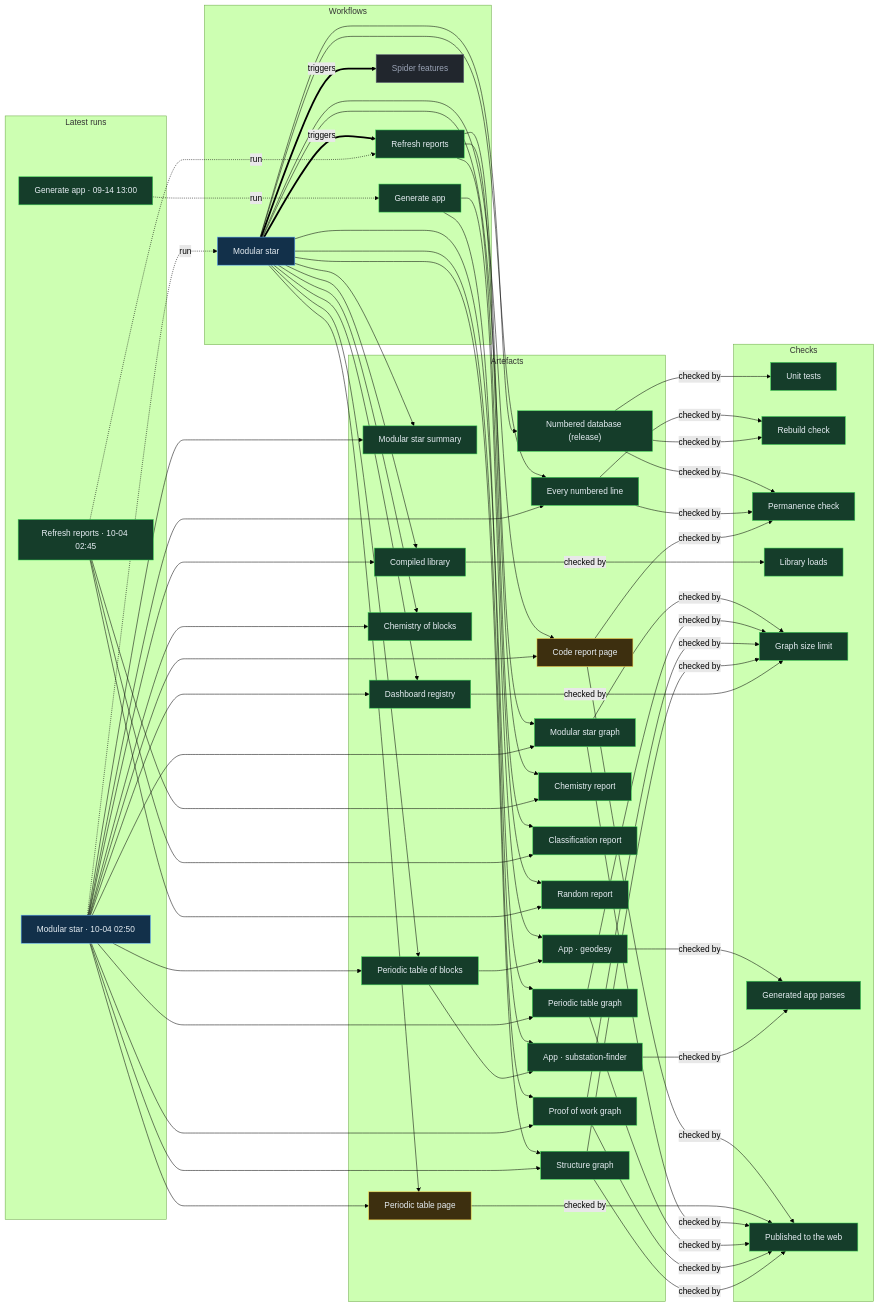
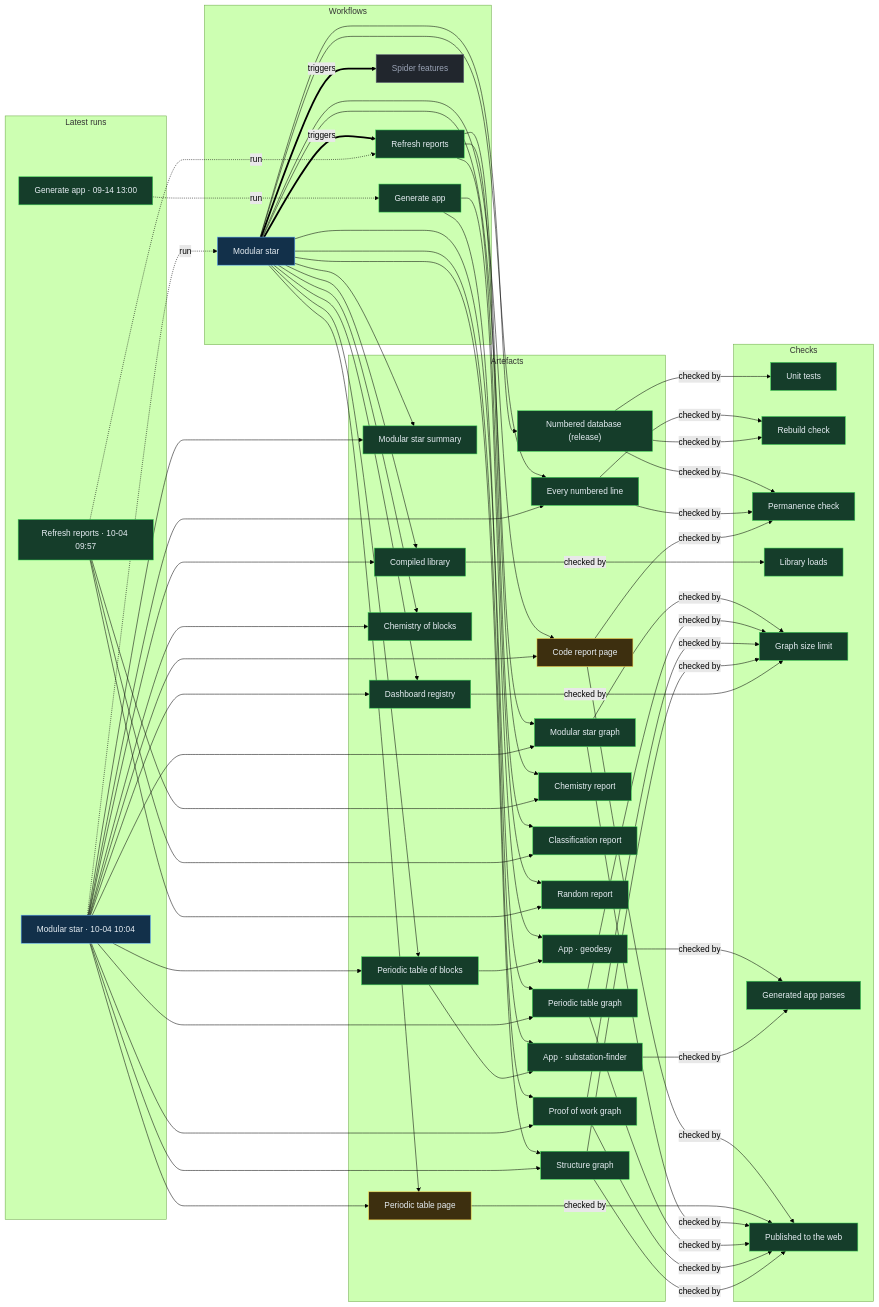
One commit to Ventusltd/stars changed the diagram in proof/PROOF.md. Above: the diagram before and after it, drawn with Mermaid (forest theme). The commit also changed other lines of this file and 39 other files, not shown here.

Commit message:
Modular star 2026-10-04T10:06Z

```diff
--- a/proof/PROOF.md
+++ b/proof/PROOF.md
@@ -24,8 +24,8 @@
   n_wf_spider_features["Spider features"]:::off
   end
   subgraph g_runs["Latest runs"]
-  n_run_37172272982["Modular star · 10-04 02:50"]:::live
-  n_run_37172051752["Refresh reports · 10-04 02:45"]:::ok
+  n_run_37194154537["Modular star · 10-04 10:04"]:::live
+  n_run_37193788306["Refresh reports · 10-04 09:57"]:::ok
   n_run_34846587798["Generate app · 09-14 13:00"]:::ok
   end
   subgraph g_artefacts["Artefacts"]
@@ -59,39 +59,39 @@
   end
   n_wf_modular_star == triggers ==> n_wf_refresh
   n_wf_modular_star == triggers ==> n_wf_spider_features
-  n_run_37172272982 -. run .-> n_wf_modular_star
-  n_run_37172051752 -. run .-> n_wf_refresh
+  n_run_37194154537 -. run .-> n_wf_modular_star
+  n_run_37193788306 -. run .-> n_wf_refresh
   n_run_34846587798 -. run .-> n_wf_generate
   n_wf_modular_star --> n_art_summary
-  n_run_37172272982 --> n_art_summary
+  n_run_37194154537 --> n_art_summary
   n_wf_modular_star --> n_art_lines
-  n_run_37172272982 --> n_art_lines
+  n_run_37194154537 --> n_art_lines
   n_wf_modular_star --> n_art_code
-  n_run_37172272982 --> n_art_code
+  n_run_37194154537 --> n_art_code
   n_wf_modular_star --> n_art_modular_graph
-  n_run_37172272982 --> n_art_modular_graph
+  n_run_37194154537 --> n_art_modular_graph
   n_wf_modular_star --> n_art_blocks
-  n_run_37172272982 --> n_art_blocks
+  n_run_37194154537 --> n_art_blocks
   n_wf_modular_star --> n_art_table
-  n_run_37172272982 --> n_art_table
+  n_run_37194154537 --> n_art_table
   n_wf_modular_star --> n_art_blocks_graph
-  n_run_37172272982 --> n_art_blocks_graph
+  n_run_37194154537 --> n_art_blocks_graph
   n_wf_modular_star --> n_art_reactions
-  n_run_37172272982 --> n_art_reactions
+  n_run_37194154537 --> n_art_reactions
   n_wf_modular_star --> n_art_library
-  n_run_37172272982 --> n_art_library
+  n_run_37194154537 --> n_art_library
   n_wf_modular_star --> n_art_features
-  n_run_37172272982 --> n_art_features
+  n_run_37194154537 --> n_art_features
   n_wf_modular_star --> n_art_proof
-  n_run_37172272982 --> n_art_proof
+  n_run_37194154537 --> n_art_proof
   n_wf_modular_star --> n_art_structure
-  n_run_37172272982 --> n_art_structure
+  n_run_37194154537 --> n_art_structure
   n_wf_refresh --> n_art_chemistry
-  n_run_37172051752 --> n_art_chemistry
+  n_run_37193788306 --> n_art_chemistry
   n_wf_refresh --> n_art_vedic
-  n_run_37172051752 --> n_art_vedic
+  n_run_37193788306 --> n_art_vedic
   n_wf_refresh --> n_art_random
-  n_run_37172051752 --> n_art_random
+  n_run_37193788306 --> n_art_random
   n_wf_modular_star --> n_art_release
   n_wf_generate --> n_app_geodesy
   n_art_blocks --> n_app_geodesy
```
